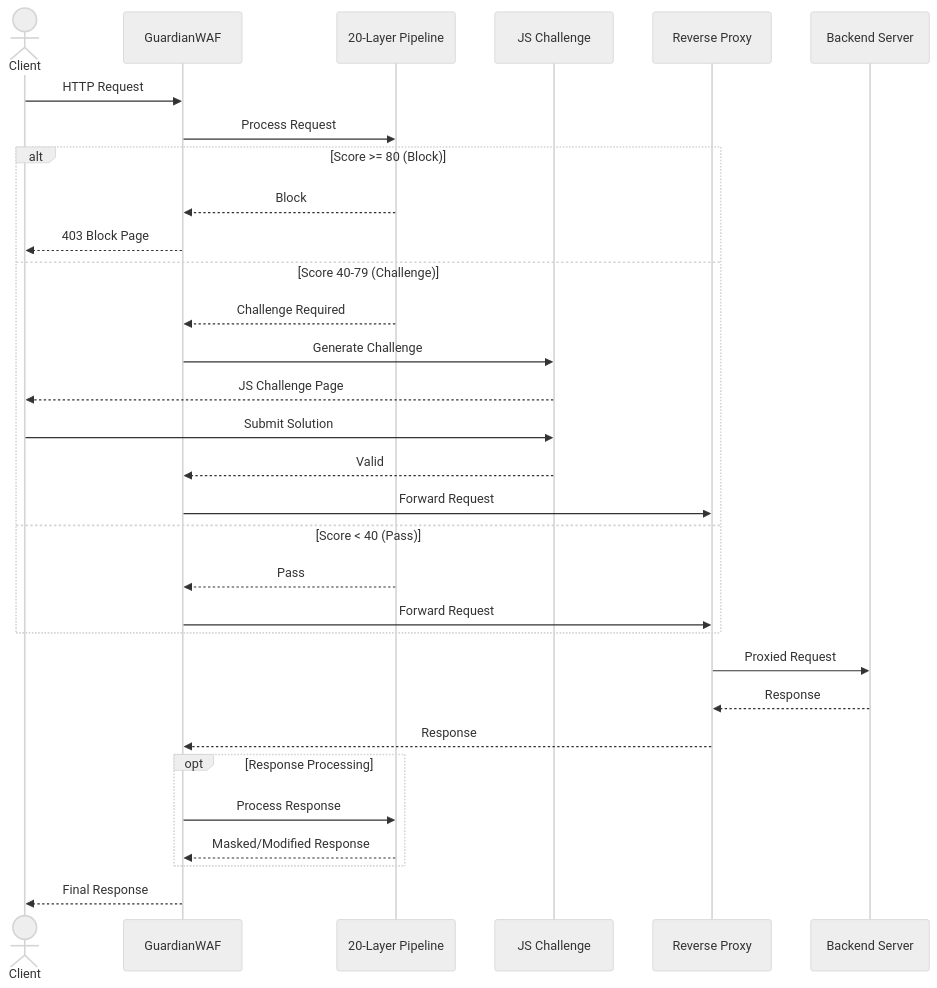
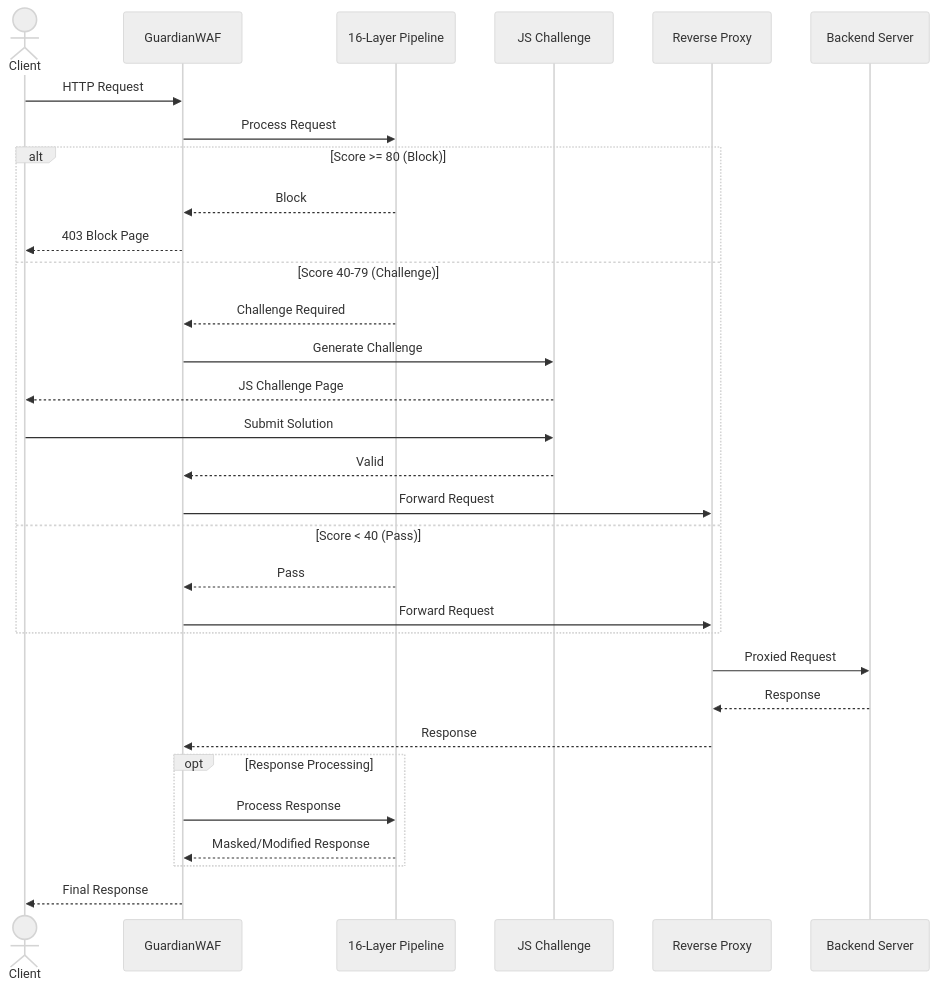
Before and after one commit to GuardianWAF/GuardianWAF: the second of 7 diagrams in docs/ARCHITECTURE.md, drawn with Mermaid (neutral theme). The commit also changed other lines of this file, not shown here.

Commit message:
docs: fix 20+ → 16-layer in ARCHITECTURE.md pipeline diagrams

````diff
--- a/docs/ARCHITECTURE.md
+++ b/docs/ARCHITECTURE.md
@@ -118,39 +118,39 @@
 ```mermaid
 sequenceDiagram
     actor Client
     participant WAF as GuardianWAF
-    participant Pipeline as 20-Layer Pipeline
+    participant Pipeline as 16-Layer Pipeline
     participant Challenge as JS Challenge
     participant Proxy as Reverse Proxy
     participant Backend as Backend Server
 
     Client->>WAF: HTTP Request
     
     WAF->>Pipeline: Process Request
     
     alt Score >= 80 (Block)
         Pipeline-->>WAF: Block
         WAF-->>Client: 403 Block Page
     else Score 40-79 (Challenge)
         Pipeline-->>WAF: Challenge Required
         WAF->>Challenge: Generate Challenge
         Challenge-->>Client: JS Challenge Page
         Client->>Challenge: Submit Solution
         Challenge-->>WAF: Valid
         WAF->>Proxy: Forward Request
     else Score < 40 (Pass)
         Pipeline-->>WAF: Pass
         WAF->>Proxy: Forward Request
     end
     
     Proxy->>Backend: Proxied Request
     Backend-->>Proxy: Response
     Proxy-->>WAF: Response
     
     opt Response Processing
         WAF->>Pipeline: Process Response
         Pipeline-->>WAF: Masked/Modified Response
     end
     
     WAF-->>Client: Final Response
 ```
````
